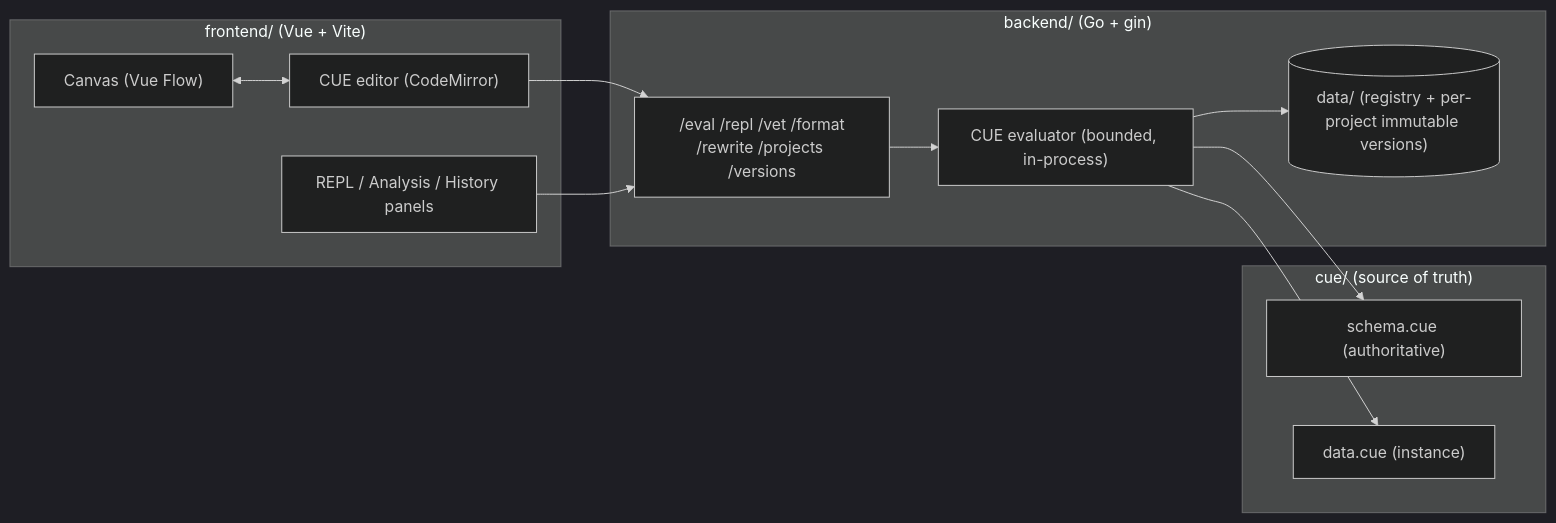
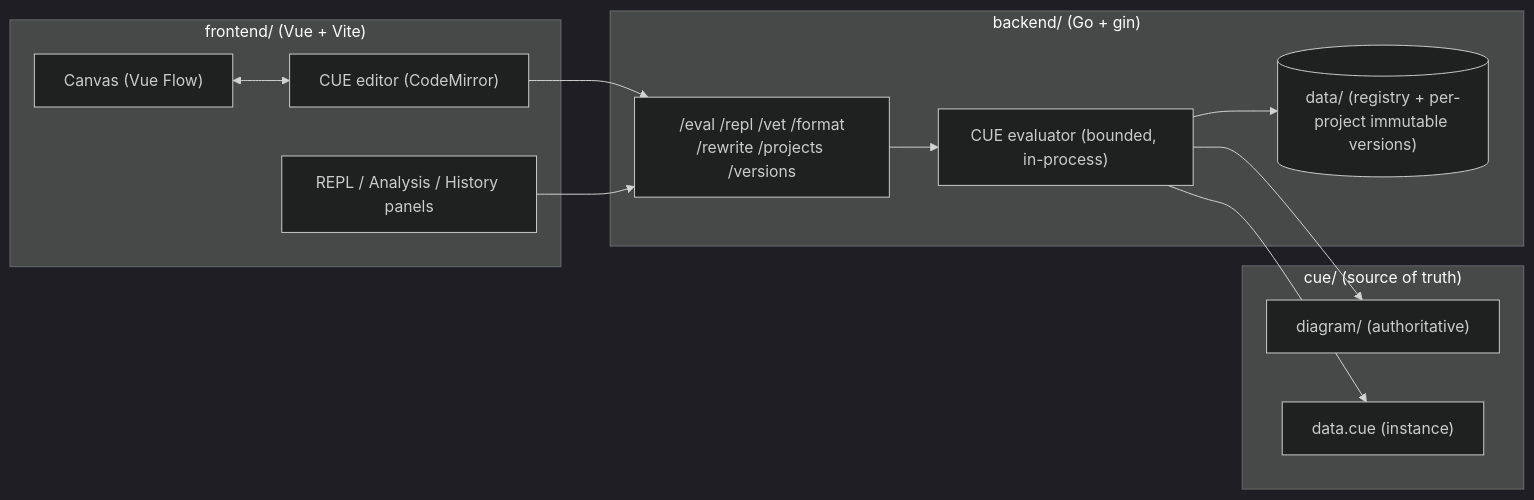
One commit to stratorys/cueto changed the diagram in README.md. Above: the diagram before and after it, drawn with Mermaid (dark theme). The commit also changed other lines of this file and 10 other files, not shown here.

Commit message:
feat(views): render a selected diagram view with a frontend switcher and no-view state

````diff
--- a/README.md
+++ b/README.md
@@ -135,27 +135,27 @@
 ```mermaid
 flowchart LR
   subgraph fe["frontend/ (Vue + Vite)"]
     canvas["Canvas (Vue Flow)"]
     editor["CUE editor (CodeMirror)"]
     repl["REPL / Analysis / History panels"]
   end
 
   subgraph be["backend/ (Go + gin)"]
     api["/eval /repl /vet /format\n/rewrite /projects /versions"]
     eval["CUE evaluator (bounded, in-process)"]
     versions[("data/ (registry + per-project immutable versions)")]
   end
 
   subgraph cue["cue/ (source of truth)"]
-    schema["schema.cue (authoritative)"]
+    schema["diagram/ (authoritative)"]
     data["data.cue (instance)"]
   end
 
   canvas <--> editor
   editor --> api
   repl --> api
   api --> eval
   eval --> schema
   eval --> data
   eval --> versions
 ```
````
